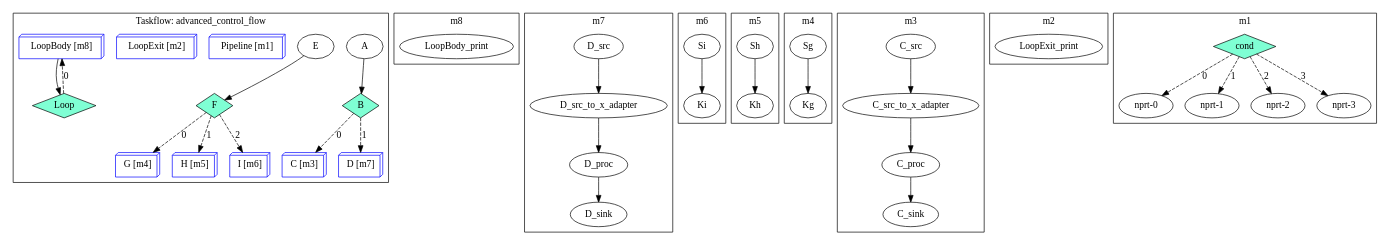
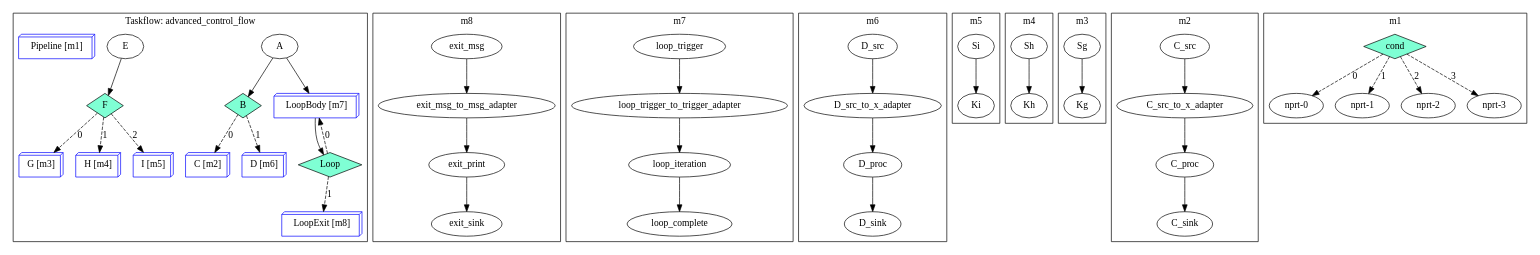
One commit to Mapoet/taskflow changed the second of 2 diagrams in workflow/KEY_BASED_API.md. Above: the diagram before and after it, drawn with Graphviz. The commit also changed 2 other files, not shown here.

Commit message:
Refactor advanced control flow example to utilize a declarative API for loop and exit nodes. Update the visual representation in KEY_BASED_API documentation to reflect new task structures and improve clarity. Enhance code comments to better explain the new declarative features and their usage.

````diff
--- a/workflow/KEY_BASED_API.md
+++ b/workflow/KEY_BASED_API.md
@@ -538,87 +538,101 @@
 ```dot
 digraph Taskflow {
-subgraph cluster_p0x7fffd8e42c40 {
+subgraph cluster_p0x7ffeb8d8d840 {
 label="Taskflow: advanced_control_flow";
-p0x60561c8e6500[label="A" ];
-p0x60561c8e6500 -> p0x60561c8e9720;
-p0x60561c8e9ea0[label="E" ];
-p0x60561c8e9ea0 -> p0x60561c8ecbc0;
-p0x60561c8ed3b0[shape=box3d, color=blue, label="Pipeline [m1]"];
-p0x60561c8ee030[shape=box3d, color=blue, label="LoopExit [m2]"];
-p0x60561c8e7db0[shape=box3d, color=blue, label="C [m3]"];
-p0x60561c8eac70[shape=box3d, color=blue, label="G [m4]"];
-p0x60561c8ebbb0[shape=box3d, color=blue, label="H [m5]"];
-p0x60561c8ecae0[shape=box3d, color=blue, label="I [m6]"];
-p0x60561c8ecbc0[label="F" shape=diamond color=black fillcolor=aquamarine style=filled];
-p0x60561c8ecbc0 -> p0x60561c8eac70 [style=dashed label="0"];
-p0x60561c8ecbc0 -> p0x60561c8ebbb0 [style=dashed label="1"];
-p0x60561c8ecbc0 -> p0x60561c8ecae0 [style=dashed label="2"];
-p0x60561c8e9640[shape=box3d, color=blue, label="D [m7]"];
-p0x60561c8eda50[shape=box3d, color=blue, label="LoopBody [m8]"];
-p0x60561c8eda50->p0x60561c8ee110;
-p0x60561c8e9720[label="B" shape=diamond color=black fillcolor=aquamarine style=filled];
-p0x60561c8e9720 -> p0x60561c8e7db0 [style=dashed label="0"];
-p0x60561c8e9720 -> p0x60561c8e9640 [style=dashed label="1"];
-p0x60561c8ee110[label="Loop" shape=diamond color=black fillcolor=aquamarine style=filled];
-p0x60561c8ee110 -> p0x60561c8eda50 [style=dashed label="0"];
+p0x5c201bb0a500[label="A" ];
+p0x5c201bb0a500 -> p0x5c201bb0d720;
+p0x5c201bb0a500 -> p0x5c201bb12dc0;
+p0x5c201bb0dea0[label="E" ];
+p0x5c201bb0dea0 -> p0x5c201bb10bc0;
+p0x5c201bb113b0[shape=box3d, color=blue, label="Pipeline [m1]"];
+p0x5c201bb0d720[label="B" shape=diamond color=black fillcolor=aquamarine style=filled];
+p0x5c201bb0d720 -> p0x5c201bb0bdb0 [style=dashed label="0"];
+p0x5c201bb0d720 -> p0x5c201bb0d640 [style=dashed label="1"];
+p0x5c201bb0bdb0[shape=box3d, color=blue, label="C [m2]"];
+p0x5c201bb0ec70[shape=box3d, color=blue, label="G [m3]"];
+p0x5c201bb0fbb0[shape=box3d, color=blue, label="H [m4]"];
+p0x5c201bb10ae0[shape=box3d, color=blue, label="I [m5]"];
+p0x5c201bb10bc0[label="F" shape=diamond color=black fillcolor=aquamarine style=filled];
+p0x5c201bb10bc0 -> p0x5c201bb0ec70 [style=dashed label="0"];
+p0x5c201bb10bc0 -> p0x5c201bb0fbb0 [style=dashed label="1"];
+p0x5c201bb10bc0 -> p0x5c201bb10ae0 [style=dashed label="2"];
+p0x5c201bb0d640[shape=box3d, color=blue, label="D [m6]"];
+p0x5c201bb12dc0[shape=box3d, color=blue, label="LoopBody [m7]"];
+p0x5c201bb12dc0->p0x5c201bb146e0;
+p0x5c201bb14600[shape=box3d, color=blue, label="LoopExit [m8]"];
+p0x5c201bb146e0[label="Loop" shape=diamond color=black fillcolor=aquamarine style=filled];
+p0x5c201bb146e0 -> p0x5c201bb12dc0 [style=dashed label="0"];
+p0x5c201bb146e0 -> p0x5c201bb14600 [style=dashed label="1"];
 }
-subgraph cluster_p0x60561c8ed5c0 {
+subgraph cluster_p0x5c201bb12ef0 {
 label="m8";
-p0x60561c8ed970[label="LoopBody_print" ];
+p0x5c201bb13900[label="exit_msg" ];
+p0x5c201bb13900 -> p0x5c201bb13a00;
+p0x5c201bb13a00[label="exit_msg_to_msg_adapter" ];
+p0x5c201bb13a00 -> p0x5c201bb14330;
+p0x5c201bb14330[label="exit_print" ];
+p0x5c201bb14330 -> p0x5c201bb144e0;
+p0x5c201bb144e0[label="exit_sink" ];
 }
-subgraph cluster_p0x60561c8e7ee0 {
+subgraph cluster_p0x5c201bb115c0 {
 label="m7";
-p0x60561c8e8920[label="D_src" ];
-p0x60561c8e8920 -> p0x60561c8e8a00;
-p0x60561c8e8a00[label="D_src_to_x_adapter" ];
-p0x60561c8e8a00 -> p0x60561c8e9370;
-p0x60561c8e9370[label="D_proc" ];
-p0x60561c8e9370 -> p0x60561c8e9520;
-p0x60561c8e9520[label="D_sink" ];
+p0x5c201bb12090[label="loop_trigger" ];
+p0x5c201bb12090 -> p0x5c201bb12190;
+p0x5c201bb12190[label="loop_trigger_to_trigger_adapter" ];
+p0x5c201bb12190 -> p0x5c201bb12af0;
+p0x5c201bb12af0[label="loop_iteration" ];
+p0x5c201bb12af0 -> p0x5c201bb12ca0;
+p0x5c201bb12ca0[label="loop_complete" ];
 }
-subgraph cluster_p0x60561c8ebce0 {
+subgraph cluster_p0x5c201bb0bee0 {
 label="m6";
-p0x60561c8ec7a0[label="Si" ];
-p0x60561c8ec7a0 -> p0x60561c8ec9a0;
-p0x60561c8ec9a0[label="Ki" ];
+p0x5c201bb0c920[label="D_src" ];
+p0x5c201bb0c920 -> p0x5c201bb0ca00;
+p0x5c201bb0ca00[label="D_src_to_x_adapter" ];
+p0x5c201bb0ca00 -> p0x5c201bb0d370;
+p0x5c201bb0d370[label="D_proc" ];
+p0x5c201bb0d370 -> p0x5c201bb0d520;
+p0x5c201bb0d520[label="D_sink" ];
 }
-subgraph cluster_p0x60561c8eada0 {
+subgraph cluster_p0x5c201bb0fce0 {
 label="m5";
-p0x60561c8eb890[label="Sh" ];
-p0x60561c8eb890 -> p0x60561c8eba90;
-p0x60561c8eba90[label="Kh" ];
+p0x5c201bb107a0[label="Si" ];
+p0x5c201bb107a0 -> p0x5c201bb109a0;
+p0x5c201bb109a0[label="Ki" ];
 }
-subgraph cluster_p0x60561c8e9fd0 {
+subgraph cluster_p0x5c201bb0eda0 {
 label="m4";
-p0x60561c8ea950[label="Sg" ];
-p0x60561c8ea950 -> p0x60561c8eab50;
-p0x60561c8eab50[label="Kg" ];
+p0x5c201bb0f890[label="Sh" ];
+p0x5c201bb0f890 -> p0x5c201bb0fa90;
+p0x5c201bb0fa90[label="Kh" ];
 }
-subgraph cluster_p0x60561c8e6630 {
+subgraph cluster_p0x5c201bb0dfd0 {
 label="m3";
-p0x60561c8e7070[label="C_src" ];
-p0x60561c8e7070 -> p0x60561c8e7170;
-p0x60561c8e7170[label="C_src_to_x_adapter" ];
-p0x60561c8e7170 -> p0x60561c8e7ae0;
-p0x60561c8e7ae0[label="C_proc" ];
-p0x60561c8e7ae0 -> p0x60561c8e7c90;
-p0x60561c8e7c90[label="C_sink" ];
+p0x5c201bb0e950[label="Sg" ];
+p0x5c201bb0e950 -> p0x5c201bb0eb50;
+p0x5c201bb0eb50[label="Kg" ];
 }
-subgraph cluster_p0x60561c8edb80 {
+subgraph cluster_p0x5c201bb0a630 {
 label="m2";
-p0x60561c8edf30[label="LoopExit_print" ];
+p0x5c201bb0b070[label="C_src" ];
+p0x5c201bb0b070 -> p0x5c201bb0b170;
+p0x5c201bb0b170[label="C_src_to_x_adapter" ];
+p0x5c201bb0b170 -> p0x5c201bb0bae0;
+p0x5c201bb0bae0[label="C_proc" ];
+p0x5c201bb0bae0 -> p0x5c201bb0bc90;
+p0x5c201bb0bc90[label="C_sink" ];
 }
-subgraph cluster_p0x60561c8ecd80 {
+subgraph cluster_p0x5c201bb10d80 {
 label="m1";
-p0x60561c8ecf30[label="cond" shape=diamond color=black fillcolor=aquamarine style=filled];
-p0x60561c8ecf30 -> p0x60561c8ed010 [style=dashed label="0"];
-p0x60561c8ecf30 -> p0x60561c8ed110 [style=dashed label="1"];
-p0x60561c8ecf30 -> p0x60561c8ed1f0 [style=dashed label="2"];
-p0x60561c8ecf30 -> p0x60561c8ed2d0 [style=dashed label="3"];
-p0x60561c8ed010[label="nprt-0" ];
-p0x60561c8ed110[label="nprt-1" ];
-p0x60561c8ed1f0[label="nprt-2" ];
-p0x60561c8ed2d0[label="nprt-3" ];
+p0x5c201bb10f30[label="cond" shape=diamond color=black fillcolor=aquamarine style=filled];
+p0x5c201bb10f30 -> p0x5c201bb11010 [style=dashed label="0"];
+p0x5c201bb10f30 -> p0x5c201bb11110 [style=dashed label="1"];
+p0x5c201bb10f30 -> p0x5c201bb111f0 [style=dashed label="2"];
+p0x5c201bb10f30 -> p0x5c201bb112d0 [style=dashed label="3"];
+p0x5c201bb11010[label="nprt-0" ];
+p0x5c201bb11110[label="nprt-1" ];
+p0x5c201bb111f0[label="nprt-2" ];
+p0x5c201bb112d0[label="nprt-3" ];
 }
 }
 ```
````
